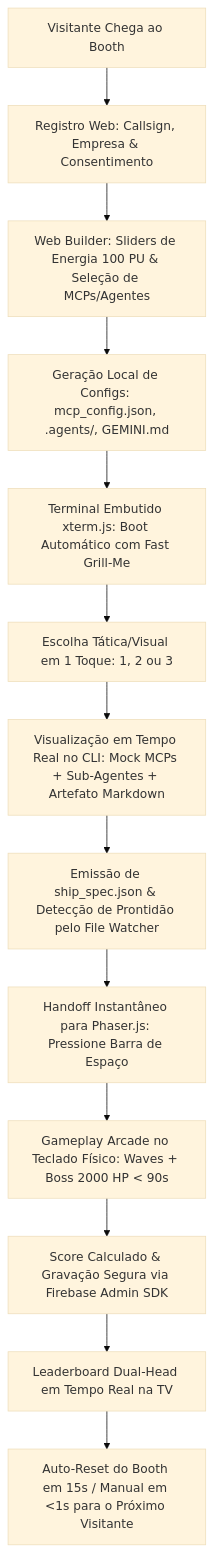
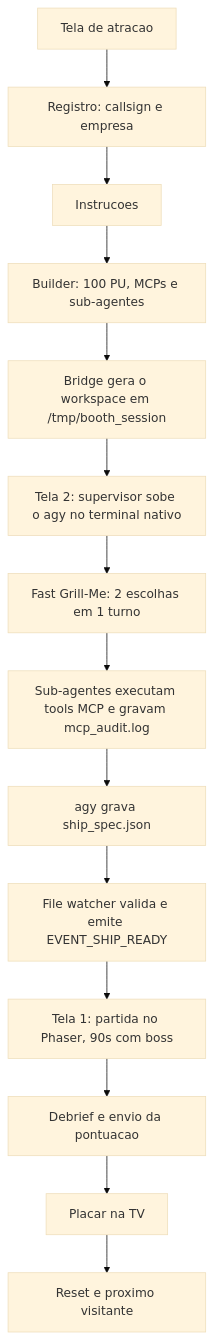
Before and after one commit to carlosmscabral/jogo-de-navinha-agy-summit-26: the first of 2 diagrams in specs/README.md, drawn with Mermaid (base theme). The commit also changed other lines of this file and 10 other files, not shown here.

````diff
--- a/specs/README.md
+++ b/specs/README.md
@@ -7,15 +13,16 @@
 ```mermaid
 graph TD
-    A[Visitante Chega ao Booth] --> B[Registro Web: Callsign, Empresa & Consentimento]
-    B --> C[Web Builder: Sliders de Energia 100 PU & Seleção de MCPs/Agentes]
-    C --> D[Geração Local de Configs: mcp_config.json, .agents/, GEMINI.md]
-    D --> E[Terminal Embutido xterm.js: Boot Automático com Fast Grill-Me]
-    E --> F[Escolha Tática/Visual em 1 Toque: 1, 2 ou 3]
-    F --> G[Visualização em Tempo Real no CLI: Mock MCPs + Sub-Agentes + Artefato Markdown]
-    G --> H[Emissão de ship_spec.json & Detecção de Prontidão pelo File Watcher]
-    H --> I[Handoff Instantâneo para Phaser.js: Pressione Barra de Espaço]
-    I --> J[Gameplay Arcade no Teclado Físico: Waves + Boss 2000 HP < 90s]
-    J --> K[Score Calculado & Gravação Segura via Firebase Admin SDK]
-    K --> L[Leaderboard Dual-Head em Tempo Real na TV]
-    L --> M[Auto-Reset do Booth em 15s / Manual em <1s para o Próximo Visitante]
+    A[Tela de atracao] --> B[Registro: callsign e empresa]
+    B --> C[Instrucoes]
+    C --> D[Builder: 100 PU, MCPs e sub-agentes]
+    D --> E[Bridge gera o workspace em /tmp/booth_session]
+    E --> F[Tela 2: supervisor sobe o agy no terminal nativo]
+    F --> G[Fast Grill-Me: 2 escolhas em 1 turno]
+    G --> H[Sub-agentes executam tools MCP e gravam mcp_audit.log]
+    H --> I[agy grava ship_spec.json]
+    I --> J[File watcher valida e emite EVENT_SHIP_READY]
+    J --> K[Tela 1: partida no Phaser, 90s com boss]
+    K --> L[Debrief e envio da pontuacao]
+    L --> M[Placar na TV]
+    M --> N[Reset e proximo visitante]
 ```
````
